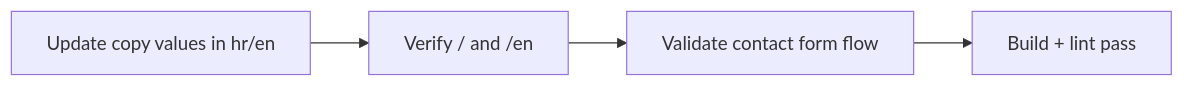
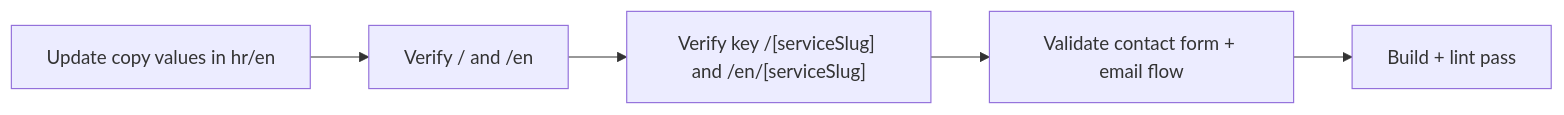
The diagram in lode/plans/current-plan.md (ipavic933-spec/website-pavic), drawn with Mermaid before and after one commit. The commit also changed other lines of this file and 7 other files, not shown here.

````diff
--- a/lode/plans/current-plan.md
+++ b/lode/plans/current-plan.md
@@ -10,6 +10,7 @@
 ```mermaid
 flowchart LR
   Copy["Update copy values in hr/en"] --> VerifyLocales["Verify / and /en"]
-  VerifyLocales --> Contact["Validate contact form flow"]
+  VerifyLocales --> VerifyServiceRoutes["Verify key /[serviceSlug] and /en/[serviceSlug]"]
+  VerifyServiceRoutes --> Contact["Validate contact form + email flow"]
   Contact --> DeployReady["Build + lint pass"]
 ```
````
